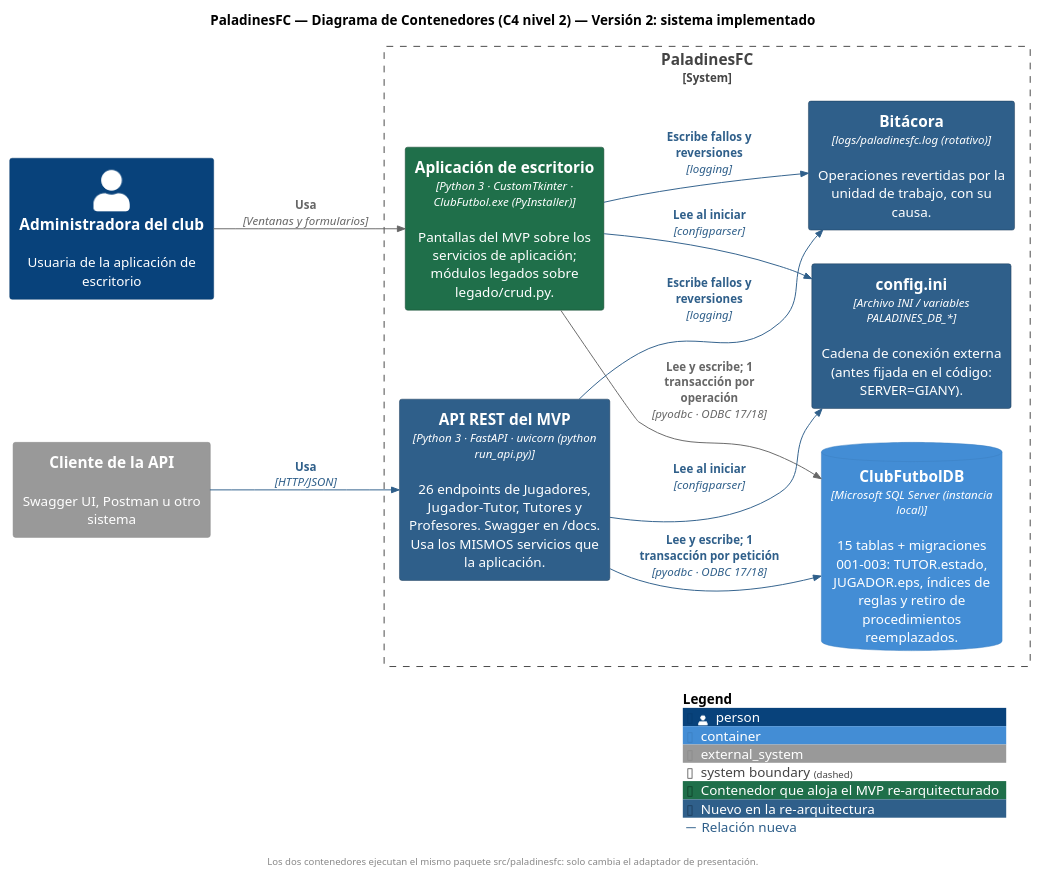
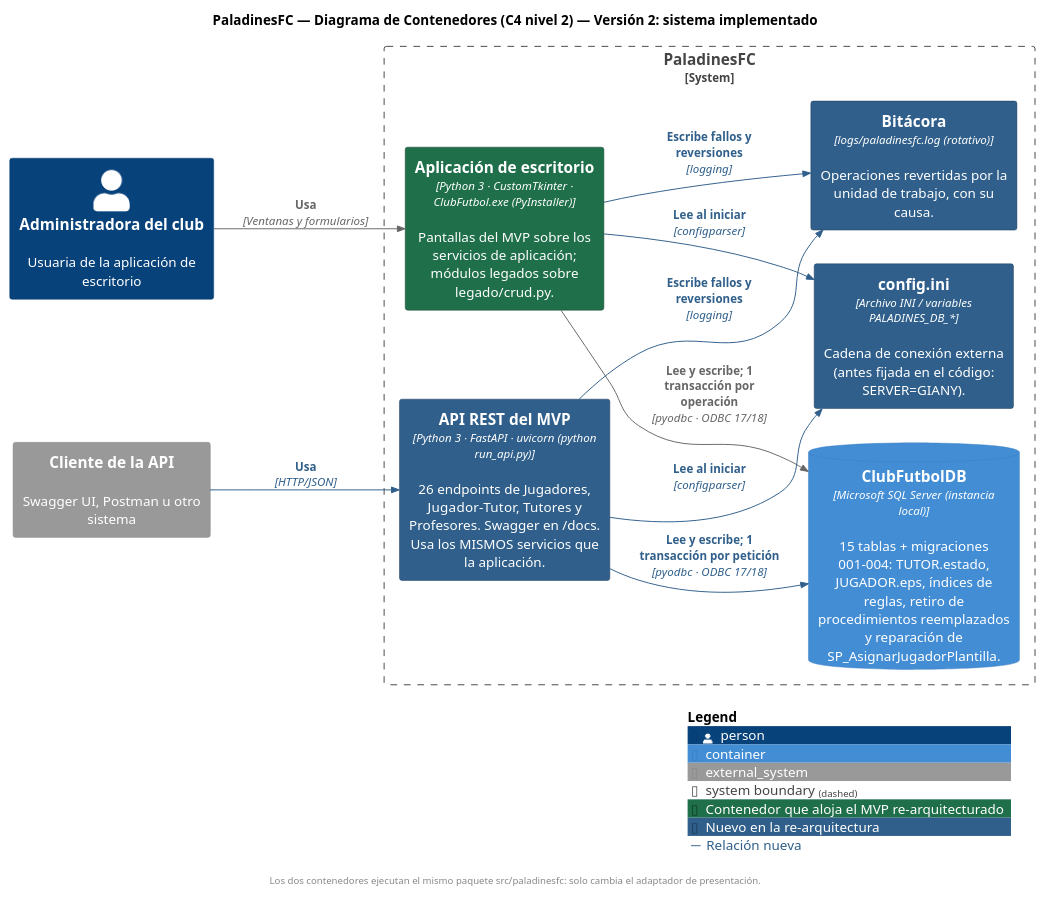
The diagram in docs/diagramas/fuentes/c4-2-contenedores.puml (MarianaA27/ClubDeFutbol__), drawn with PlantUML before and after one commit. The commit also changed 11 other files, not shown here.

Commit message:
docs: diagramas, README y arquitectura con las migraciones 001-004 y el conteo real de pruebas

```diff
--- a/docs/diagramas/fuentes/c4-2-contenedores.puml
+++ b/docs/diagramas/fuentes/c4-2-contenedores.puml
@@ -1,34 +1,34 @@
 @startuml c4-2-contenedores
 !include <C4/C4_Container>
 ' PaladinesFC — C4 Nivel 2: Contenedores (versión 2: cómo quedó el sistema)
 
 LAYOUT_LEFT_RIGHT()
 AddElementTag("mvp", $bgColor="#1f6f4a", $borderColor="#0f3d28", $fontColor="#ffffff", $legendText="Contenedor que aloja el MVP re-arquitecturado")
 AddElementTag("nuevo", $bgColor="#2f5f8a", $borderColor="#1b3a57", $fontColor="#ffffff", $legendText="Nuevo en la re-arquitectura")
 AddRelTag("nuevo", $textColor="#2f5f8a", $lineColor="#2f5f8a", $legendText="Relación nueva")
 
 title PaladinesFC — Diagrama de Contenedores (C4 nivel 2) — Versión 2: sistema implementado
 
 Person(admin, "Administradora del club", "Usuaria de la aplicación de escritorio")
 System_Ext(cliente, "Cliente de la API", "Swagger UI, Postman u otro sistema")
 
 System_Boundary(sistema, "PaladinesFC") {
     Container(app, "Aplicación de escritorio", "Python 3 · CustomTkinter · ClubFutbol.exe (PyInstaller)", "Pantallas del MVP sobre los servicios de aplicación; módulos legados sobre legado/crud.py.", $tags="mvp")
     Container(api, "API REST del MVP", "Python 3 · FastAPI · uvicorn (python run_api.py)", "26 endpoints de Jugadores, Jugador–Tutor, Tutores y Profesores. Swagger en /docs. Usa los MISMOS servicios que la aplicación.", $tags="nuevo")
-    ContainerDb(bd, "ClubFutbolDB", "Microsoft SQL Server (instancia local)", "15 tablas + migraciones 001–003: TUTOR.estado, JUGADOR.eps, índices de reglas y retiro de procedimientos reemplazados.")
+    ContainerDb(bd, "ClubFutbolDB", "Microsoft SQL Server (instancia local)", "15 tablas + migraciones 001–004: TUTOR.estado, JUGADOR.eps, índices de reglas, retiro de procedimientos reemplazados y reparación de SP_AsignarJugadorPlantilla.")
     Container(config, "config.ini", "Archivo INI / variables PALADINES_DB_*", "Cadena de conexión externa (antes fijada en el código: SERVER=GIANY).", $tags="nuevo")
     Container(log, "Bitácora", "logs/paladinesfc.log (rotativo)", "Operaciones revertidas por la unidad de trabajo, con su causa.", $tags="nuevo")
 }
 
 Rel(admin, app, "Usa", "Ventanas y formularios")
 Rel(cliente, api, "Usa", "HTTP/JSON", $tags="nuevo")
 Rel(app, bd, "Lee y escribe; 1 transacción por operación", "pyodbc · ODBC 17/18")
 Rel(api, bd, "Lee y escribe; 1 transacción por petición", "pyodbc · ODBC 17/18", $tags="nuevo")
 Rel(app, config, "Lee al iniciar", "configparser", $tags="nuevo")
 Rel(api, config, "Lee al iniciar", "configparser", $tags="nuevo")
 Rel(app, log, "Escribe fallos y reversiones", "logging", $tags="nuevo")
 Rel(api, log, "Escribe fallos y reversiones", "logging", $tags="nuevo")
 
 SHOW_LEGEND()
 footer Los dos contenedores ejecutan el mismo paquete src/paladinesfc: solo cambia el adaptador de presentación.
 @enduml
```
